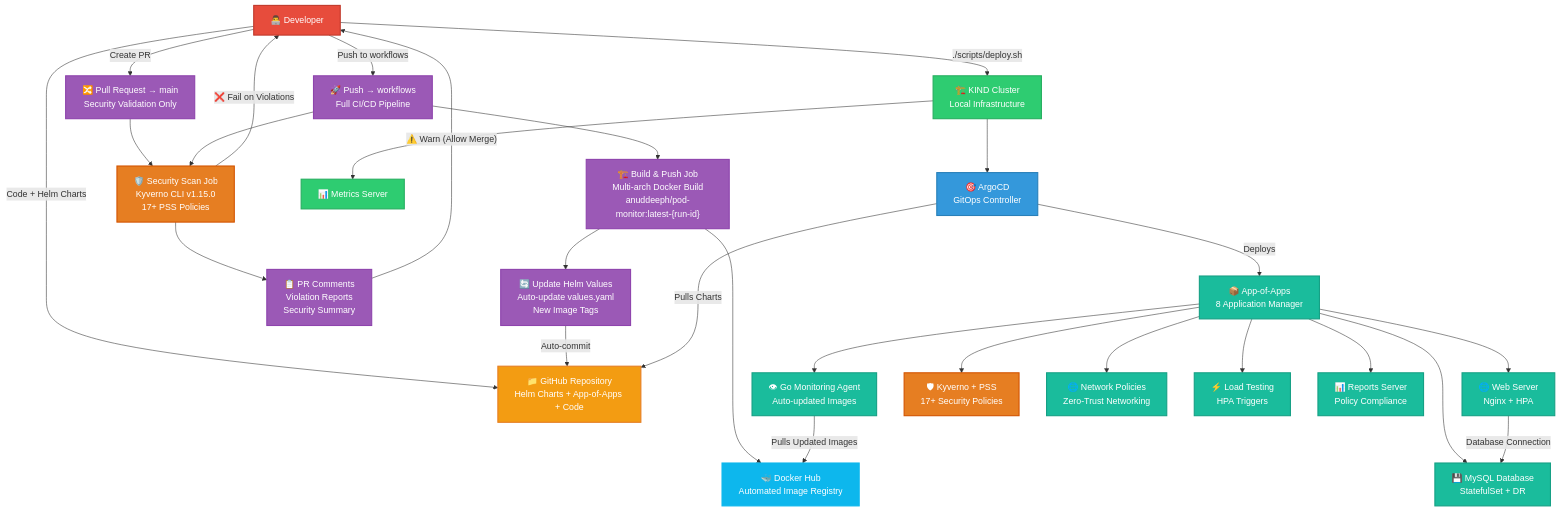
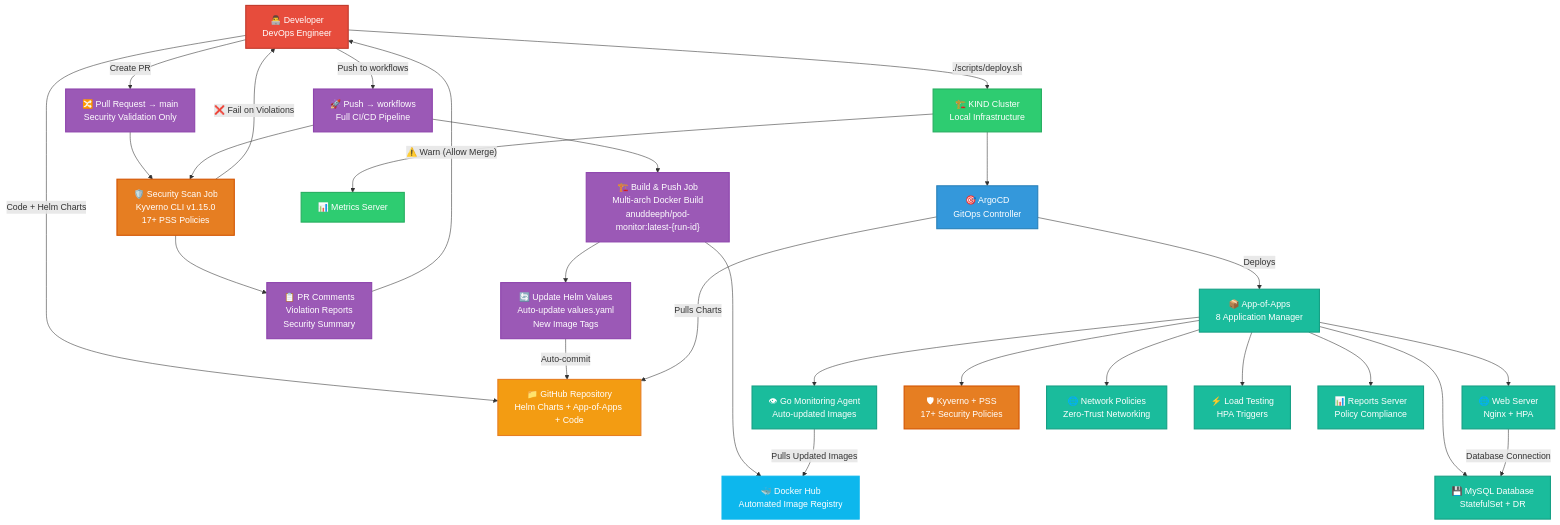
One commit to anuddeeph1/devops-k8s-case-study changed the diagram in README.md. Above: the diagram before and after it, drawn with Mermaid.

````diff
--- a/README.md
+++ b/README.md
@@ -41,7 +41,7 @@
 ```mermaid
 graph TD
     %% Developer and Git
-    DEV["👨‍💻 Developer"]
+    DEV["👨‍💻 Developer<br/>DevOps Engineer"]
     GIT["📁 GitHub Repository<br/>Helm Charts + App-of-Apps + Code"]
     
     %% CI/CD Pipeline  
````
